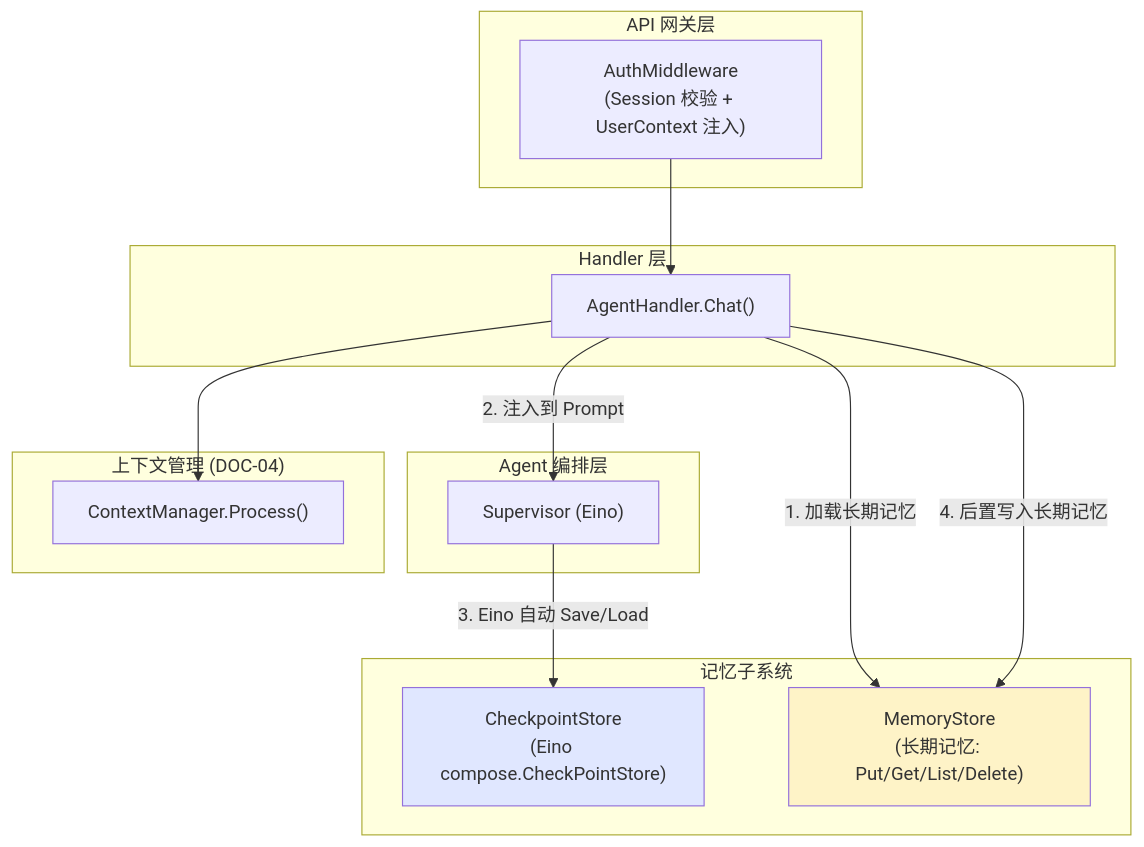
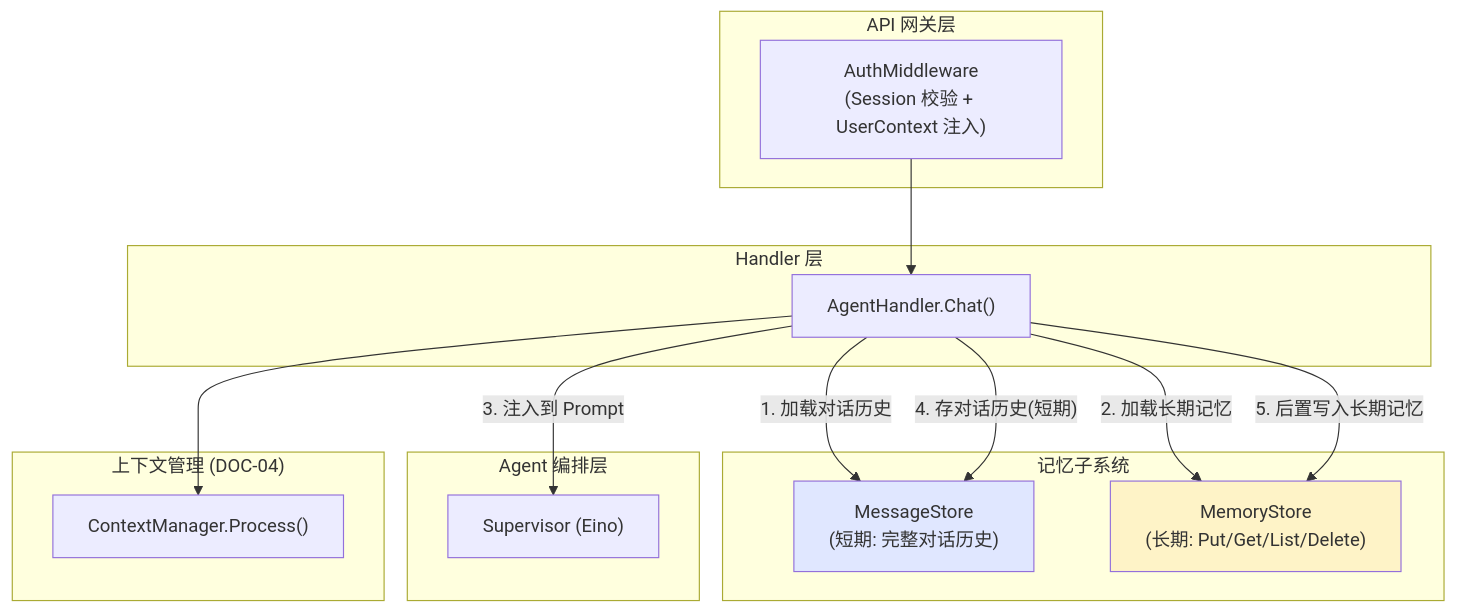
The first of 5 diagrams in docs/DOC-05.md (cling-2/Agent-Basic-Framework), drawn with Mermaid before and after one commit. The commit also changed other lines of this file and 4 other files, not shown here.

````diff
--- a/docs/DOC-05.md
+++ b/docs/DOC-05.md
@@ -72,33 +79,34 @@
 ```mermaid
 flowchart TB
     subgraph Gateway["API 网关层"]
         MW["AuthMiddleware<br/>(Session 校验 + UserContext 注入)"]
     end
 
     subgraph Handler["Handler 层"]
         AH["AgentHandler.Chat()"]
     end
 
     subgraph MemoryLayer["记忆子系统"]
-        CS["CheckpointStore<br/>(Eino compose.CheckPointStore)"]
-        MS["MemoryStore<br/>(长期记忆: Put/Get/List/Delete)"]
+        MS_S["MessageStore<br/>(短期: 完整对话历史)"]
+        MS_L["MemoryStore<br/>(长期: Put/Get/List/Delete)"]
     end
 
     subgraph AgentLayer["Agent 编排层"]
         RA["Supervisor (Eino)"]
     end
 
     subgraph ContextMgr["上下文管理 (DOC-04)"]
         CM["ContextManager.Process()"]
     end
 
     MW --> AH
-    AH -->|"1. 加载长期记忆"| MS
-    AH -->|"2. 注入到 Prompt"| RA
+    AH -->|"1. 加载对话历史"| MS_S
+    AH -->|"2. 加载长期记忆"| MS_L
+    AH -->|"3. 注入到 Prompt"| RA
     AH --> CM
-    RA -->|"3. Eino 自动 Save/Load"| CS
-    AH -->|"4. 后置写入长期记忆"| MS
+    AH -->|"4. 存对话历史(短期)"| MS_S
+    AH -->|"5. 后置写入长期记忆"| MS_L
 
-    style CS fill:#e0e7ff
-    style MS fill:#fef3c7
+    style MS_S fill:#e0e7ff
+    style MS_L fill:#fef3c7
 ```
````
